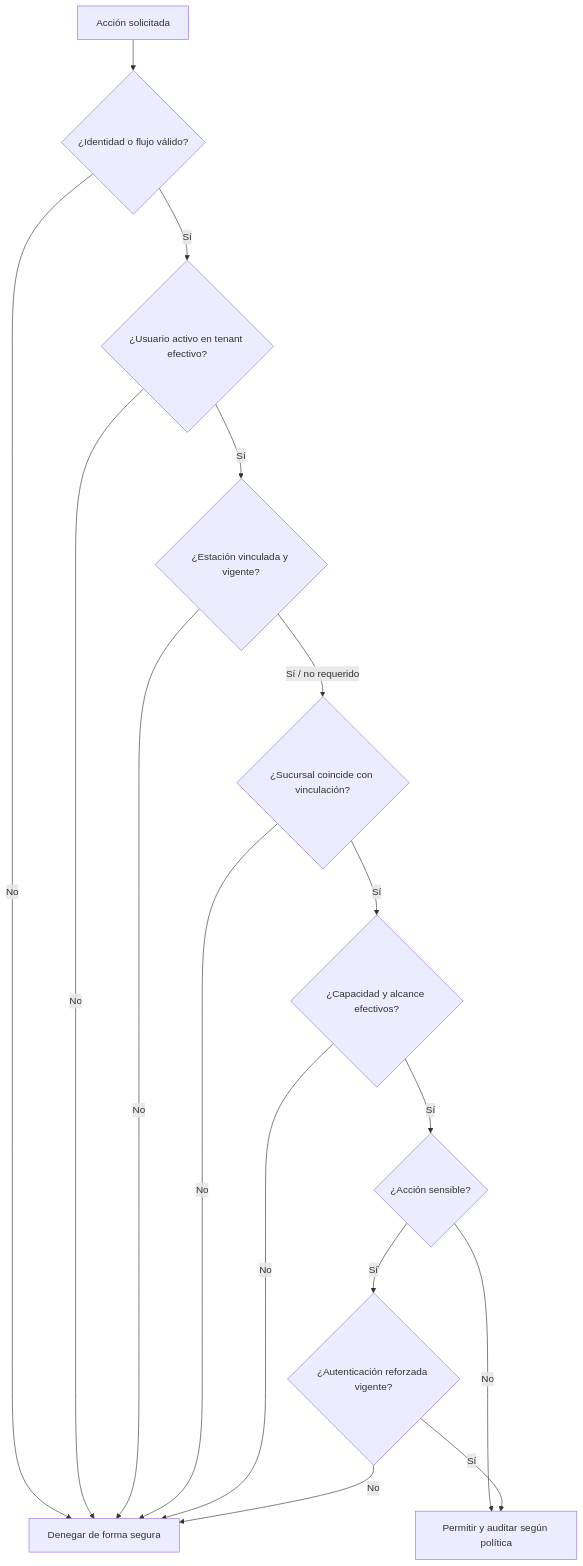
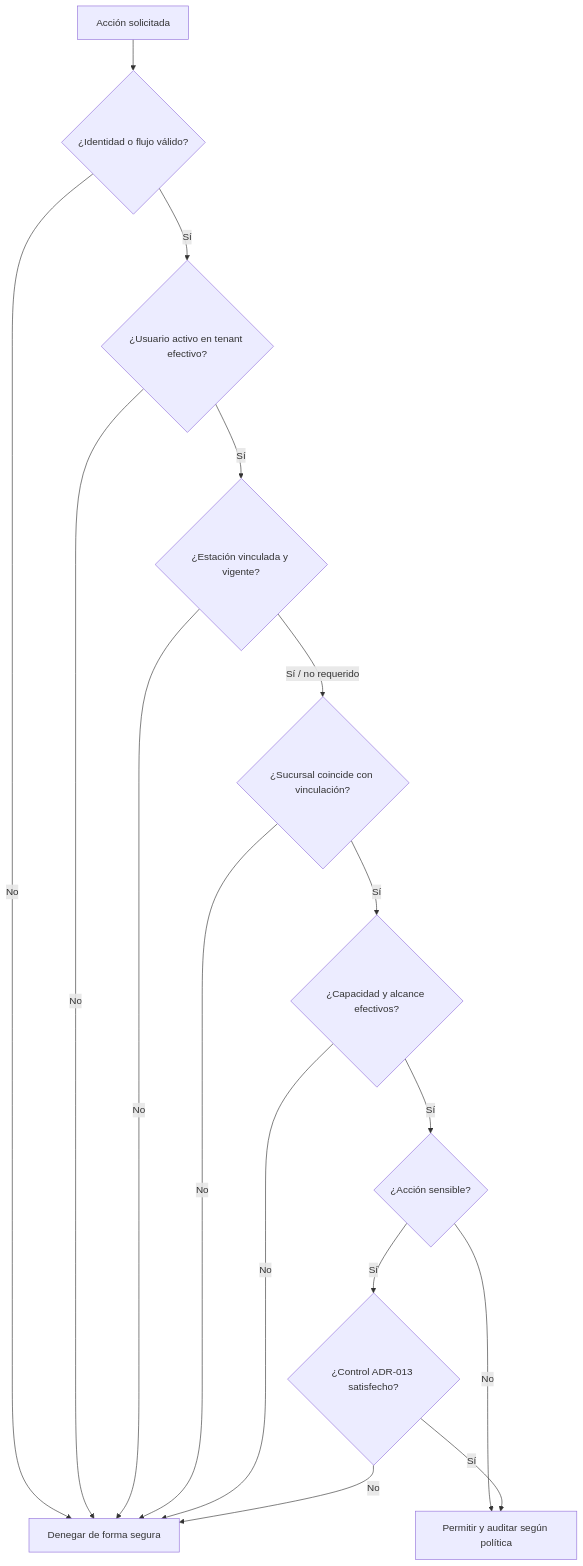
One commit to luisgtzaviles/SrTaller-2.0 changed the second of 2 diagrams in docs/architecture/IDENTITY_ACCESS_AND_PERMISSIONS.md. Above: the diagram before and after it, drawn with Mermaid. The commit also changed other lines of this file and 70 other files, not shown here.

````diff
--- a/docs/architecture/IDENTITY_ACCESS_AND_PERMISSIONS.md
+++ b/docs/architecture/IDENTITY_ACCESS_AND_PERMISSIONS.md
@@ -91,29 +91,29 @@
 ```mermaid
 flowchart TD
     Request[Acción solicitada]
     Auth{¿Identidad o flujo válido?}
     Tenant{¿Usuario activo en tenant efectivo?}
     Device{¿Estación vinculada y vigente?}
     Branch{¿Sucursal coincide con vinculación?}
     Permission{¿Capacidad y alcance efectivos?}
     StepUp{¿Acción sensible?}
-    Strong{¿Autenticación reforzada vigente?}
+    Strong{¿Control ADR-013 satisfecho?}
     Allow[Permitir y auditar según política]
     Deny[Denegar de forma segura]
 
     Request --> Auth
     Auth -- No --> Deny
     Auth -- Sí --> Tenant
     Tenant -- No --> Deny
     Tenant -- Sí --> Device
     Device -- No --> Deny
     Device -- Sí / no requerido --> Branch
     Branch -- No --> Deny
     Branch -- Sí --> Permission
     Permission -- No --> Deny
     Permission -- Sí --> StepUp
     StepUp -- No --> Allow
     StepUp -- Sí --> Strong
     Strong -- No --> Deny
     Strong -- Sí --> Allow
 ```
````
